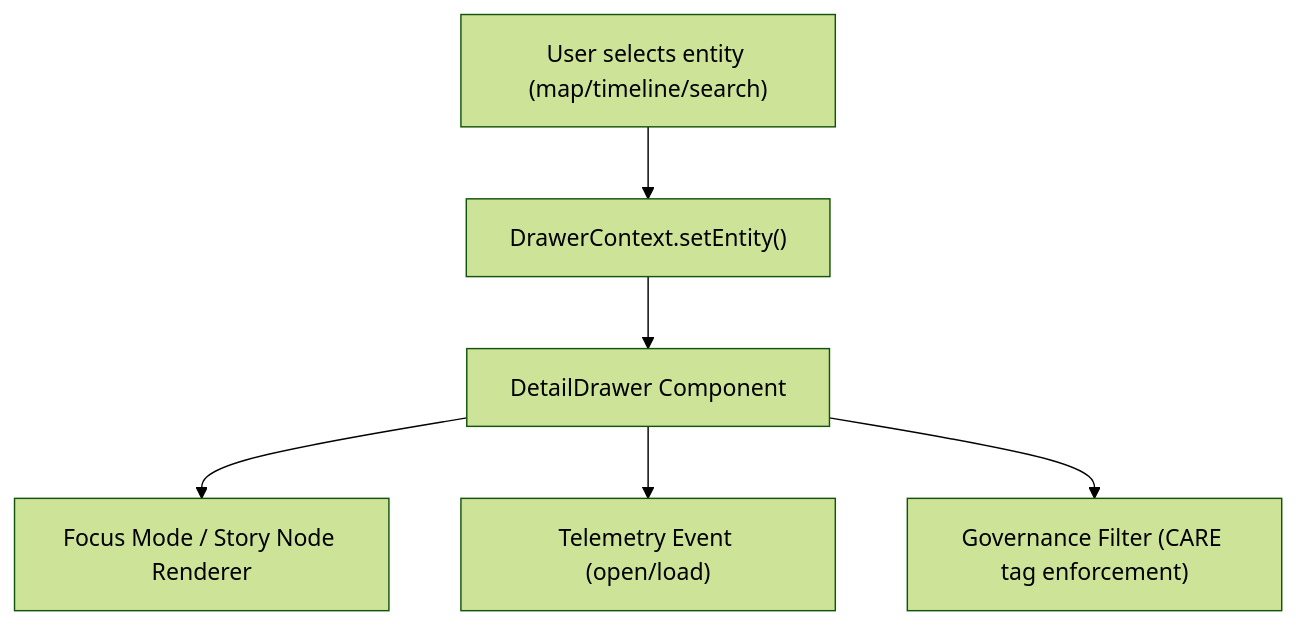
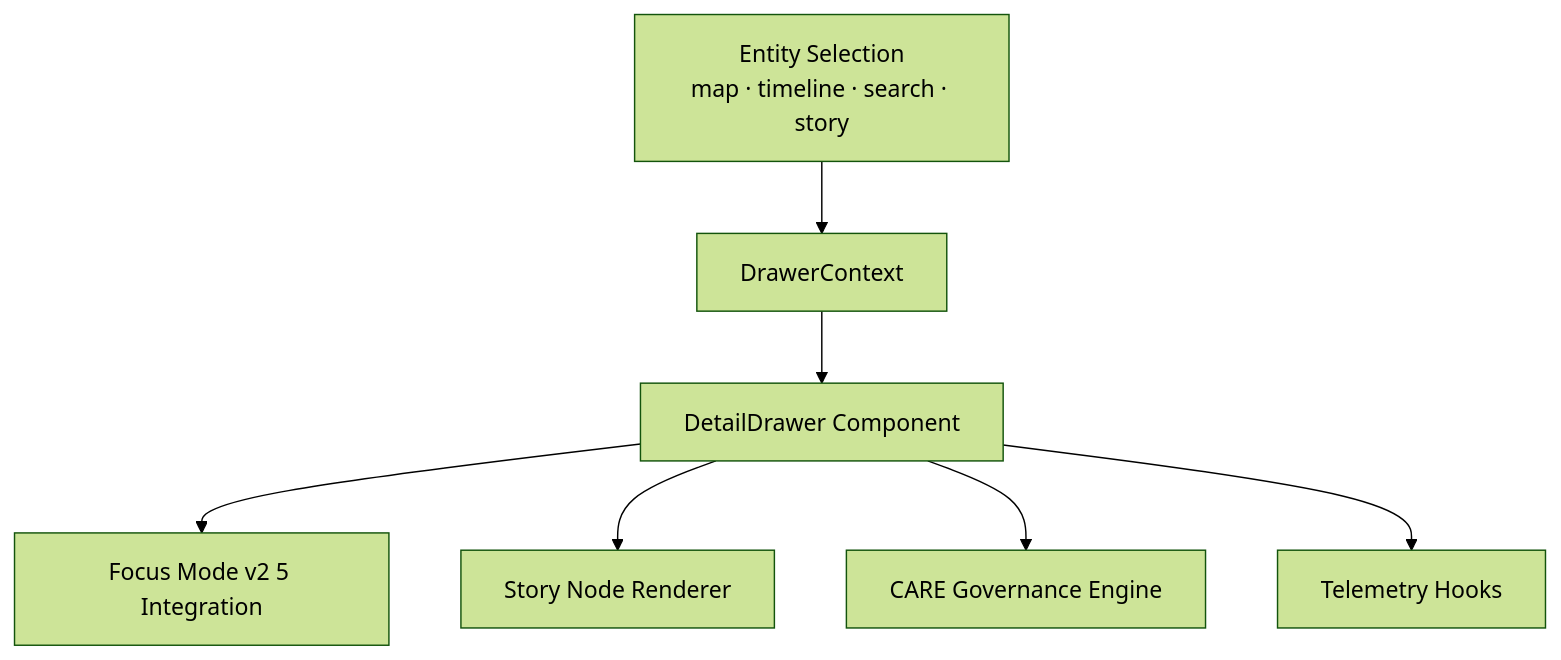
The first of 9 diagrams in web/src/components/DetailDrawer/README.md (bartytime4life/Kansas-Frontier-Matrix), drawn with Mermaid (forest theme) before and after one commit. The commit also changed other lines of this file, not shown here.

First line of the commit message:
Revise README for Detail Drawer component

````diff
--- a/web/src/components/DetailDrawer/README.md
+++ b/web/src/components/DetailDrawer/README.md
@@ -66,8 +66,9 @@
 ```mermaid
 flowchart TD
-  A["User selects entity (map/timeline/search)"] --> B["DrawerContext.setEntity()"]
-  B --> C["DetailDrawer Component"]
-  C --> D["Focus Mode / Story Node Renderer"]
-  C --> E["Telemetry Event (open/load)"]
-  C --> F["Governance Filter (CARE tag enforcement)"]
+    TRG[Entity Selection<br/>map · timeline · search · story] --> CTX[DrawerContext]
+    CTX --> UI[DetailDrawer Component]
+    UI --> FM[Focus Mode v2 5 Integration]
+    UI --> SN[Story Node Renderer]
+    UI --> GOV[CARE Governance Engine]
+    UI --> TEL[Telemetry Hooks]
 ```
````
